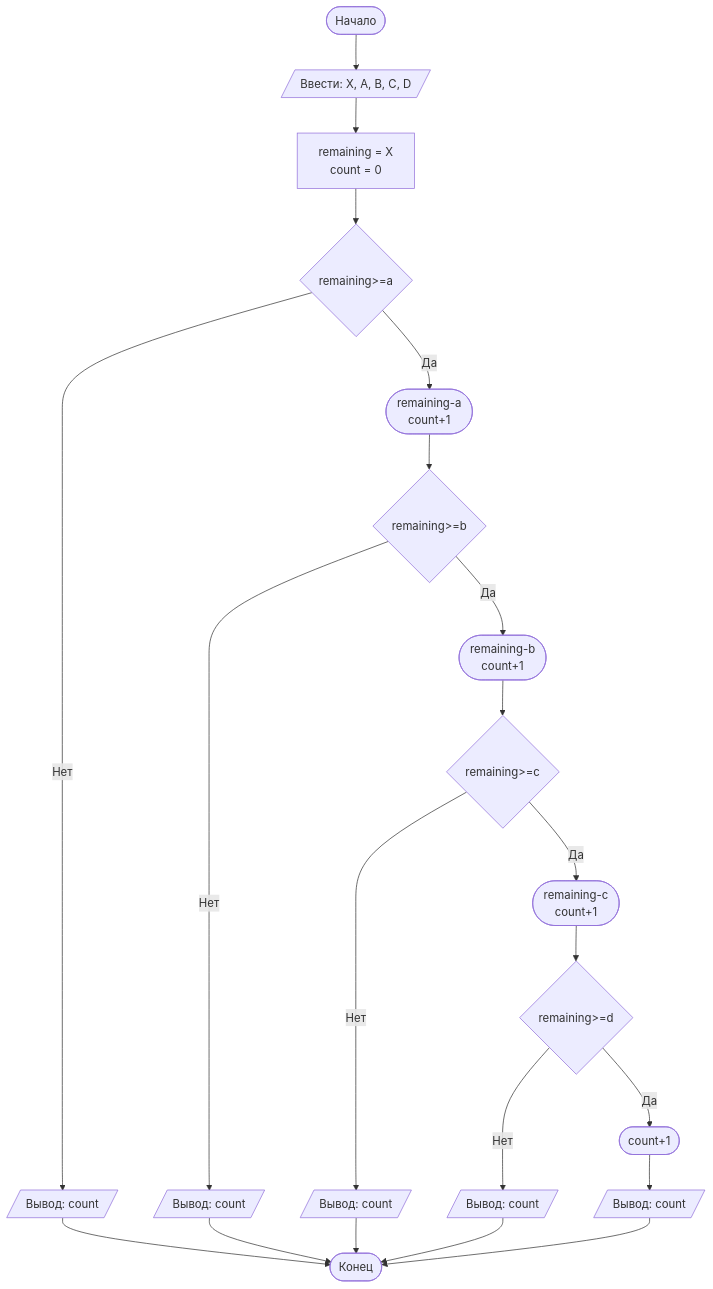
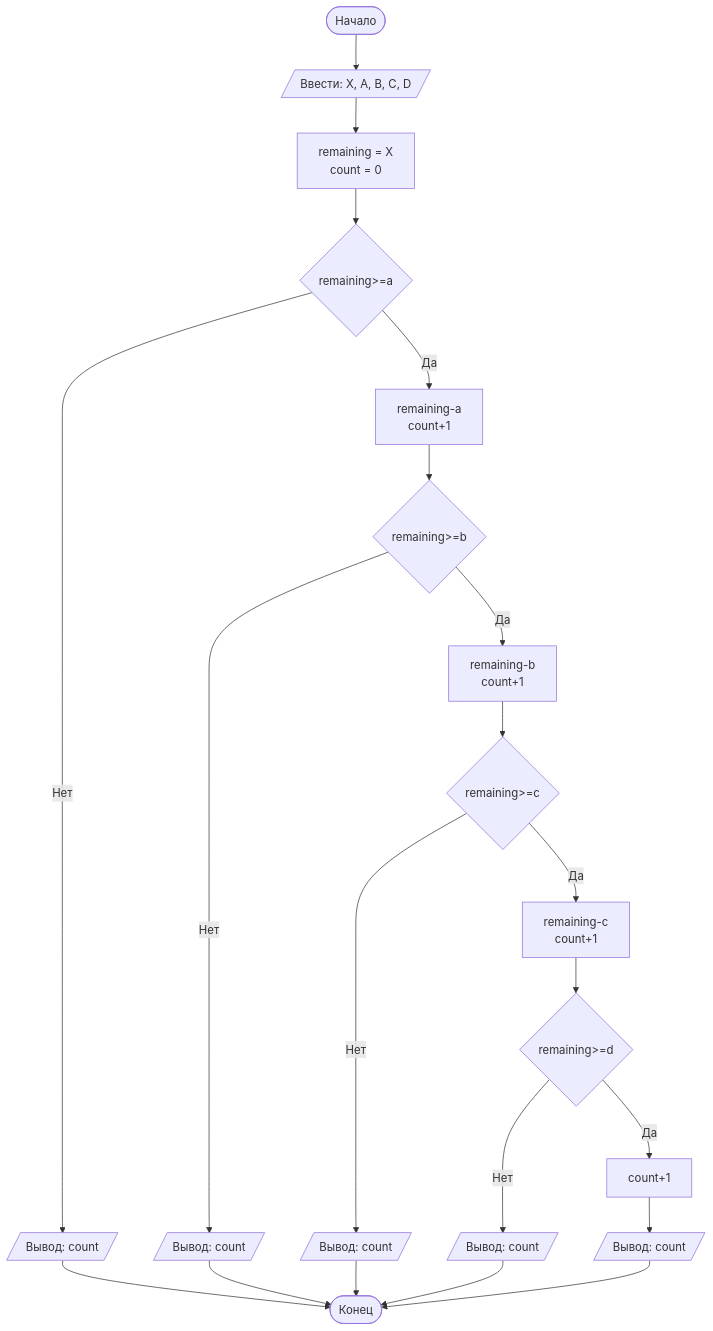
One commit to polinkreznichenk/lab1 changed the diagram in README.md. Above: the diagram before and after it, drawn with Mermaid.

Commit message:
Fix formatting in README.md flowchart section

````diff
--- a/README.md
+++ b/README.md
@@ -145,23 +145,23 @@
 ```mermaid
 graph TD
     A([Начало]) --> B[/Ввести: X, A, B, C, D/]
     B --> P["remaining = X<br/>count = 0"]
     P --> C{remaining>=a}
     C -- Нет --> O[/Вывод: count/]
     O --> U([Конец])
-    C -- Да --> D(["remaining-a<br/>count+1"])
+    C -- Да --> D["remaining-a<br/>count+1"]
     D --> E{remaining>=b}
     E -- Нет --> F[/Вывод: count/]
     F --> U([Конец])
-    E -- Да --> G(["remaining-b<br/>count+1"])
+    E -- Да --> G["remaining-b<br/>count+1"]
     G --> H{remaining>=c}
     H -- Нет --> J[/Вывод: count/]
     J --> U([Конец])
-    H -- Да --> K(["remaining-c<br/>count+1"])
+    H -- Да --> K["remaining-c<br/>count+1"]
     K --> L{remaining>=d}
     L -- Нет --> Z[/Вывод: count/]
     Z --> U([Конец])
-    L -- Да --> X(["count+1"])
+    L -- Да --> X["count+1"]
     X --> T[/Вывод: count/]
     T --> U([Конец])
 ```
````
